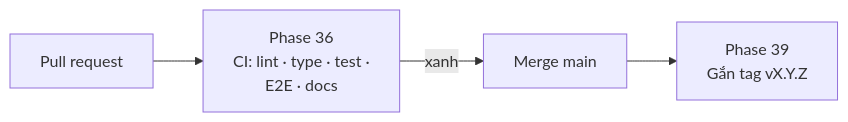
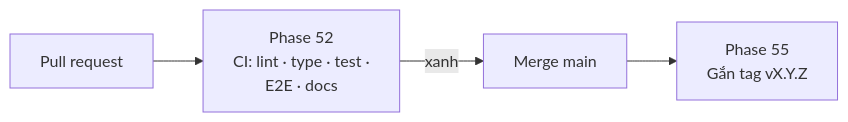
One commit to nvminhtu/niche-radar-docs changed the diagram in docs/web/version-7.md. Above: the diagram before and after it, drawn with Mermaid. The commit also changed other lines of this file and 206 other files, not shown here.

````diff
--- a/docs/web/version-7.md
+++ b/docs/web/version-7.md
@@ -17,6 +17,6 @@
 ```mermaid
 flowchart LR
-  PR[Pull request] --> CI[Phase 36<br/>CI: lint · type · test ·<br/>E2E · docs]
+  PR[Pull request] --> CI[Phase 52<br/>CI: lint · type · test ·<br/>E2E · docs]
   CI -->|xanh| M[Merge main]
-  M --> T[Phase 39<br/>Gắn tag vX.Y.Z]
+  M --> T[Phase 55<br/>Gắn tag vX.Y.Z]
 ```
````
